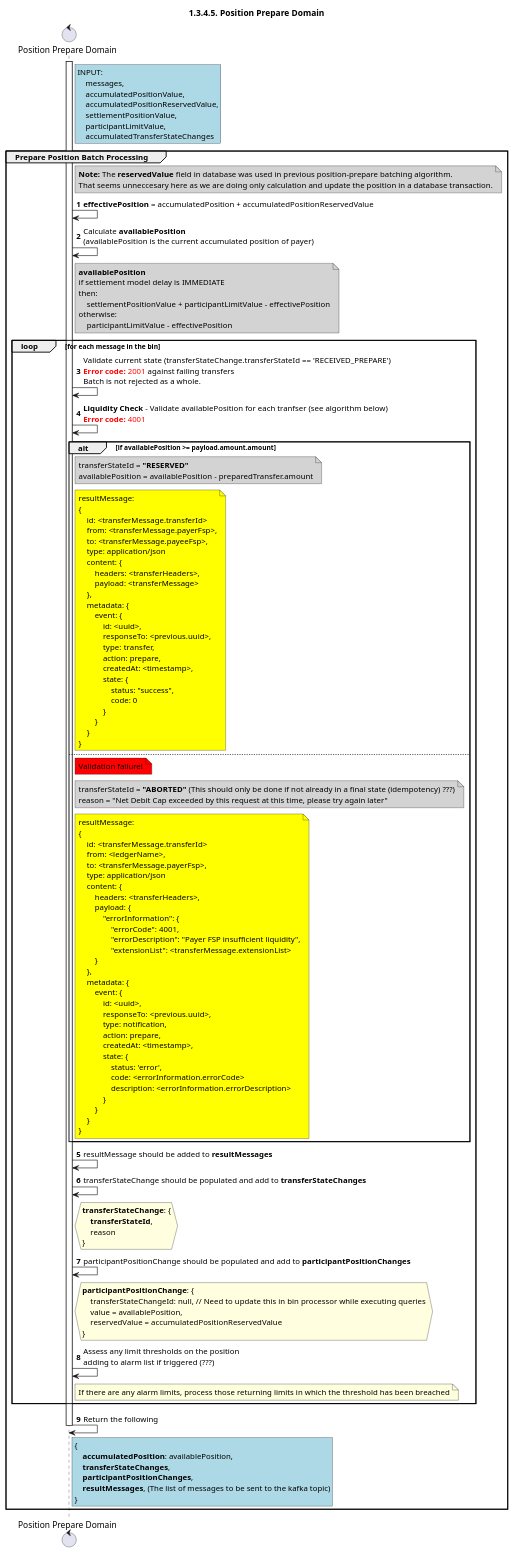
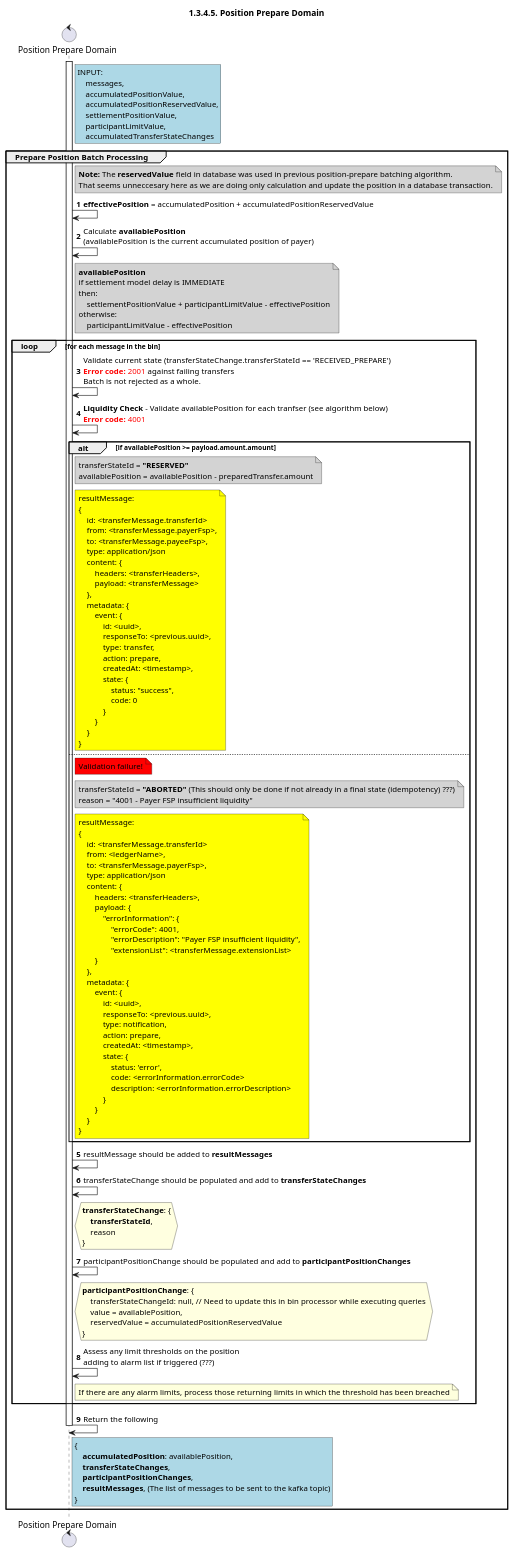
The diagram in docs/technical/central-ledger/assets/diagrams/sequence/seq-position-1.3.4.5-prepare-domain.plantuml (mojaloop/documentation), drawn with PlantUML before and after one commit.

```diff
--- a/docs/technical/central-ledger/assets/diagrams/sequence/seq-position-1.3.4.5-prepare-domain.plantuml
+++ b/docs/technical/central-ledger/assets/diagrams/sequence/seq-position-1.3.4.5-prepare-domain.plantuml
@@ -28,154 +28,154 @@
 @startuml
 ' declate title
 title 1.3.4.5. Position Prepare Domain
 
 autonumber
 
 ' Actor Keys:
 '   boundary - APIs/Interfaces, etc
 '   collections - Kafka Topics
 '   control - Kafka Consumers
 '   entity - Database Access Objects
 '   database - Database Persistence Store
 
 ' declare actors
 control "Position Prepare Domain" as DOMAIN_POSITION_PREPARE
 
 ' start flow
 activate DOMAIN_POSITION_PREPARE
 rnote right of DOMAIN_POSITION_PREPARE #lightblue
     INPUT:
         messages,
         accumulatedPositionValue,
         accumulatedPositionReservedValue,
         settlementPositionValue,
         participantLimitValue,
         accumulatedTransferStateChanges
 end note
 group Prepare Position Batch Processing
     note right of DOMAIN_POSITION_PREPARE #lightgray
        **Note:** The **reservedValue** field in database was used in previous position-prepare batching algorithm.
        That seems unneccesary here as we are doing only calculation and update the position in a database transaction.
     end note
     DOMAIN_POSITION_PREPARE -> DOMAIN_POSITION_PREPARE: **effectivePosition** = accumulatedPosition + accumulatedPositionReservedValue
     DOMAIN_POSITION_PREPARE -> DOMAIN_POSITION_PREPARE: Calculate **availablePosition** \n(availablePosition is the current accumulated position of payer)
     note right of DOMAIN_POSITION_PREPARE #lightgray
         **availablePosition**
         if settlement model delay is IMMEDIATE
         then:
             settlementPositionValue + participantLimitValue - effectivePosition
         otherwise:
             participantLimitValue - effectivePosition
     end note
     loop for each message in the bin
         DOMAIN_POSITION_PREPARE -> DOMAIN_POSITION_PREPARE: Validate current state (transferStateChange.transferStateId == 'RECEIVED_PREPARE')\n<color #FF0000><b>Error code:</b> 2001</color> against failing transfers\nBatch is not rejected as a whole.
         DOMAIN_POSITION_PREPARE -> DOMAIN_POSITION_PREPARE: **Liquidity Check** - Validate availablePosition for each tranfser (see algorithm below)\n<color #FF0000><b>Error code:</b> 4001</color>
 
         alt if availablePosition >= payload.amount.amount
             note right of DOMAIN_POSITION_PREPARE #lightgray
                 transferStateId = **"RESERVED"**
                 availablePosition = availablePosition - preparedTransfer.amount
             end note
             note right of DOMAIN_POSITION_PREPARE #yellow
                 resultMessage:
                 {
                     id: <transferMessage.transferId>
                     from: <transferMessage.payerFsp>,
                     to: <transferMessage.payeeFsp>,
                     type: application/json
                     content: {
                         headers: <transferHeaders>,
                         payload: <transferMessage>
                     },
                     metadata: {
                         event: {
                             id: <uuid>,
                             responseTo: <previous.uuid>,
                             type: transfer,
                             action: prepare,
                             createdAt: <timestamp>,
                             state: {
                                 status: "success",
                                 code: 0
                             }
                         }
                     }
                 }
             end note
         else
             note right of DOMAIN_POSITION_PREPARE #red: Validation failure!
             note right of DOMAIN_POSITION_PREPARE #lightgray
                 transferStateId = **"ABORTED"** (This should only be done if not already in a final state (idempotency) ???)
-                reason = "Net Debit Cap exceeded by this request at this time, please try again later"
+                reason = "4001 - Payer FSP insufficient liquidity"
             end note
             note right of DOMAIN_POSITION_PREPARE #yellow
                 resultMessage:
                 {
                     id: <transferMessage.transferId>
                     from: <ledgerName>,
                     to: <transferMessage.payerFsp>,
                     type: application/json
                     content: {
                         headers: <transferHeaders>,
                         payload: {
                             "errorInformation": {
                                 "errorCode": 4001,
                                 "errorDescription": "Payer FSP insufficient liquidity",
                                 "extensionList": <transferMessage.extensionList>
                         }
                     },
                     metadata: {
                         event: {
                             id: <uuid>,
                             responseTo: <previous.uuid>,
                             type: notification,
                             action: prepare,
                             createdAt: <timestamp>,
                             state: {
                                 status: 'error',
                                 code: <errorInformation.errorCode>
                                 description: <errorInformation.errorDescription>
                             }
                         }
                     }
                 }
             end note
         end
         DOMAIN_POSITION_PREPARE -> DOMAIN_POSITION_PREPARE: resultMessage should be added to **resultMessages**
         DOMAIN_POSITION_PREPARE -> DOMAIN_POSITION_PREPARE: transferStateChange should be populated and add to **transferStateChanges**
         hnote right of DOMAIN_POSITION_PREPARE #lightyellow
             **transferStateChange**: {
                 **transferStateId**,
                 reason
             }
         end note
         DOMAIN_POSITION_PREPARE -> DOMAIN_POSITION_PREPARE: participantPositionChange should be populated and add to **participantPositionChanges**
         hnote right of DOMAIN_POSITION_PREPARE #lightyellow
             **participantPositionChange**: {
                 transferStateChangeId: null, // Need to update this in bin processor while executing queries
                 value = availablePosition,
                 reservedValue = accumulatedPositionReservedValue
             }
         end note
 
         DOMAIN_POSITION_PREPARE->DOMAIN_POSITION_PREPARE: Assess any limit thresholds on the position\nadding to alarm list if triggered (???)
         note right of DOMAIN_POSITION_PREPARE
             If there are any alarm limits, process those returning limits in which the threshold has been breached
         end note
         
     end
 
     DOMAIN_POSITION_PREPARE -> DOMAIN_POSITION_PREPARE: Return the following
     rnote right of DOMAIN_POSITION_PREPARE #lightblue
     {
         **accumulatedPosition**: availablePosition,
         **transferStateChanges**,
         **participantPositionChanges**,
         **resultMessages**, (The list of messages to be sent to the kafka topic)
     }
     end note
     deactivate DOMAIN_POSITION_PREPARE
 
 end
 
 @enduml
```
